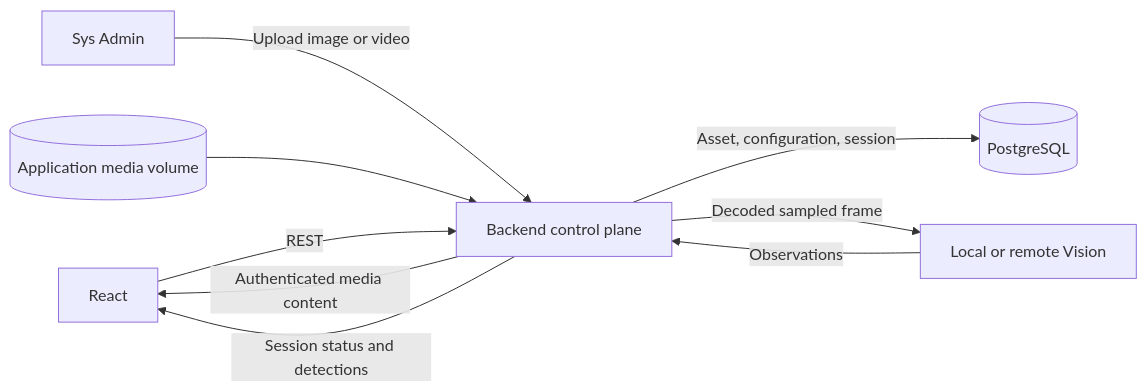
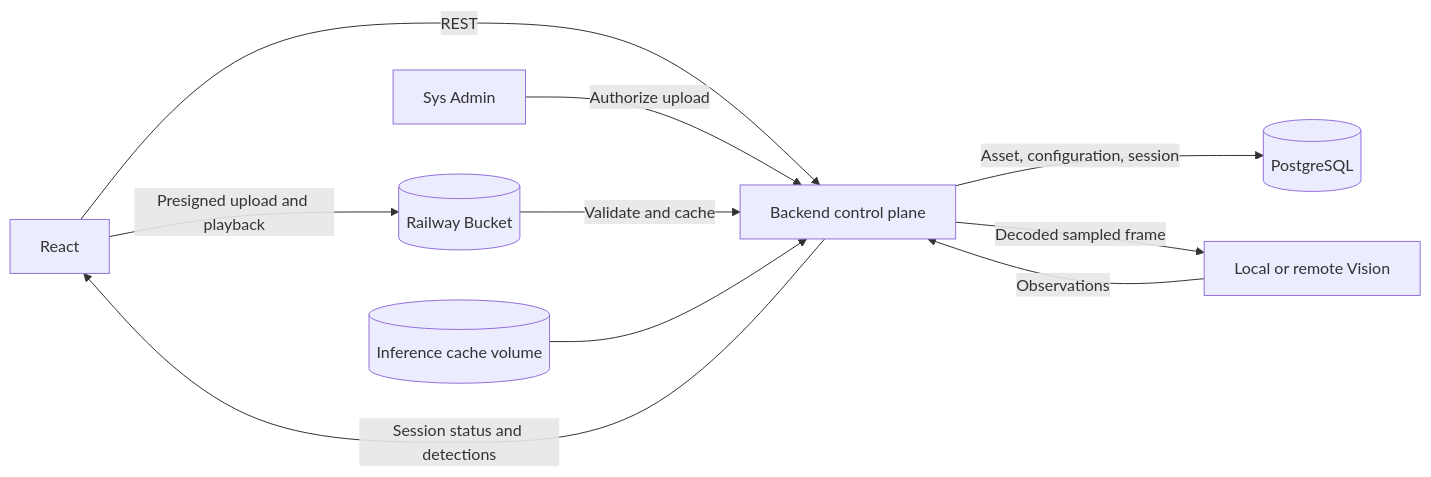
One commit to NguyenNhat4/Sentiel-safety-intelligent changed the second of 4 diagrams in ARCHITECTURE.md. Above: the diagram before and after it, drawn with Mermaid. The commit also changed other lines of this file and 22 other files, not shown here.

````diff
--- a/ARCHITECTURE.md
+++ b/ARCHITECTURE.md
@@ -73,11 +73,12 @@
 ```mermaid
 flowchart LR
     react[React] -->|REST| backend[Backend control plane]
     backend -->|Asset, configuration, session| postgres[(PostgreSQL)]
-    admin[Sys Admin] -->|Upload image or video| backend
-    volume[(Application media volume)] --> backend
-    backend -->|Authenticated media content| react
+    admin[Sys Admin] -->|Authorize upload| backend
+    react -->|Presigned upload and playback| bucket[(Railway Bucket)]
+    bucket -->|Validate and cache| backend
+    volume[(Inference cache volume)] --> backend
     backend -->|Decoded sampled frame| vision[Local or remote Vision]
     vision -->|Observations| backend
     backend -->|Session status and detections| react
 ```
````
